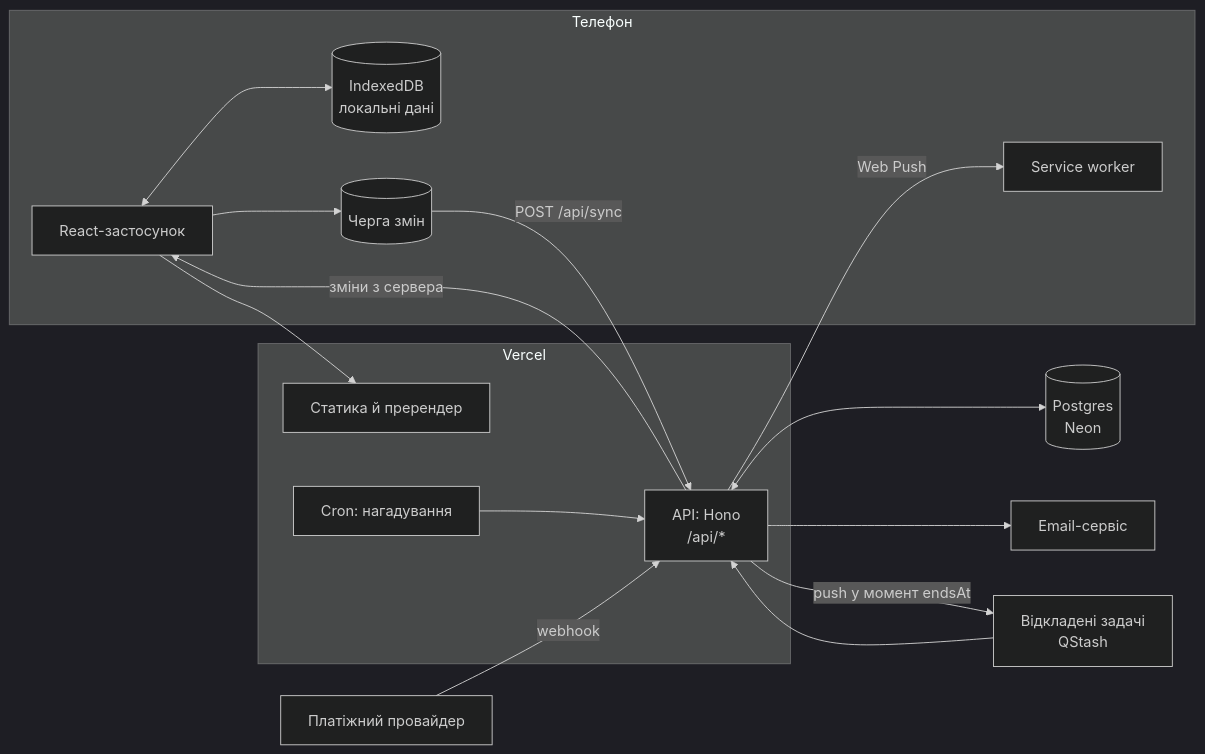
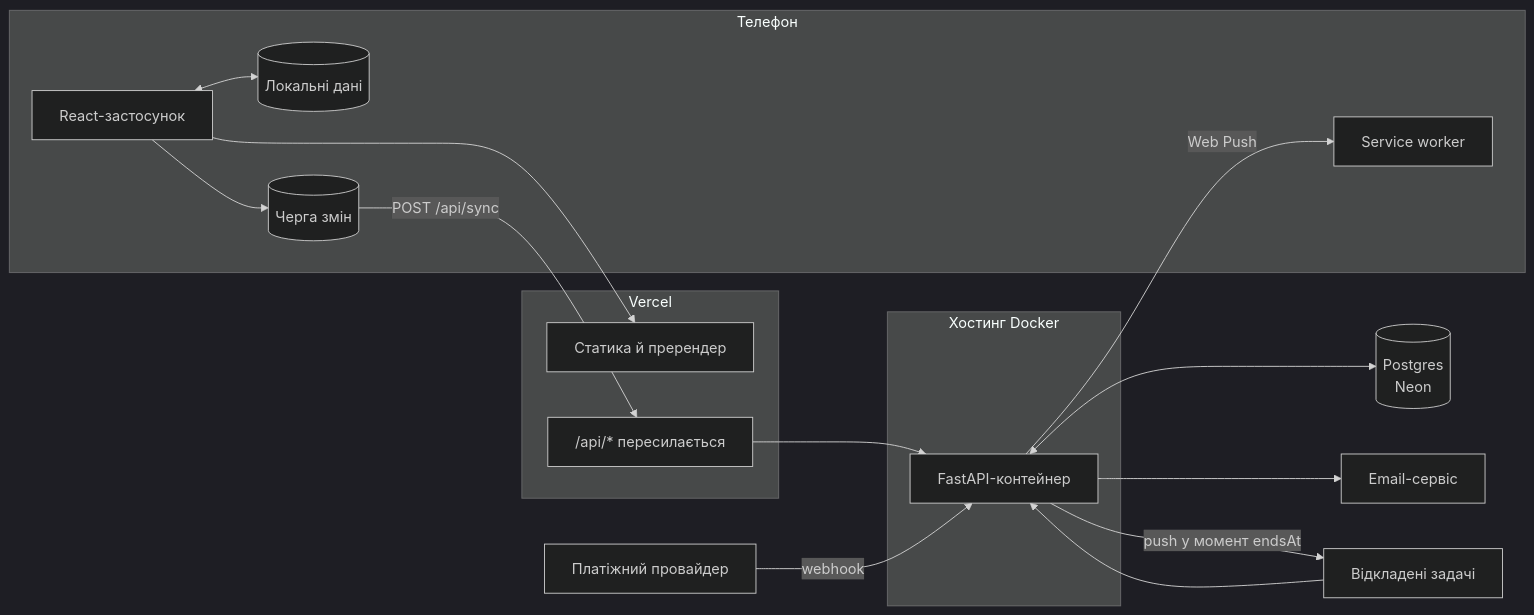
One commit to tsukanovSerhii/FitPulse changed the first of 8 diagrams in docs/backend.md. Above: the diagram before and after it, drawn with Mermaid (dark theme). The commit also changed other lines of this file and 4 other files, not shown here.

First line of the commit message:
docs: describe the FastAPI backend, Docker setup and updated data model

````diff
--- a/docs/backend.md
+++ b/docs/backend.md
@@ -27,29 +29,29 @@
 ```mermaid
 flowchart LR
   subgraph phone [Телефон]
     ui[React-застосунок]
-    local[(IndexedDB<br/>локальні дані)]
+    local[(Локальні дані)]
     outbox[(Черга змін)]
     sw[Service worker]
     ui <--> local
     ui --> outbox
   end
   subgraph vercel [Vercel]
     cdn[Статика й пререндер]
-    api["API: Hono<br/>/api/*"]
-    cron[Cron: нагадування]
+    rw["/api/* пересилається"]
+  end
+  subgraph host [Хостинг Docker]
+    api[FastAPI-контейнер]
   end
   db[(Postgres<br/>Neon)]
   mail[Email-сервіс]
-  queue[Відкладені задачі<br/>QStash]
+  queue[Відкладені задачі]
   pay[Платіжний провайдер]
   ui --> cdn
-  outbox -- "POST /api/sync" --> api
-  api -- зміни з сервера --> ui
+  outbox -- "POST /api/sync" --> rw --> api
   api <--> db
   api --> mail
   api -- "push у момент endsAt" --> queue --> api
   api -- Web Push --> sw
-  cron --> api
   pay -- webhook --> api
 ```
````
